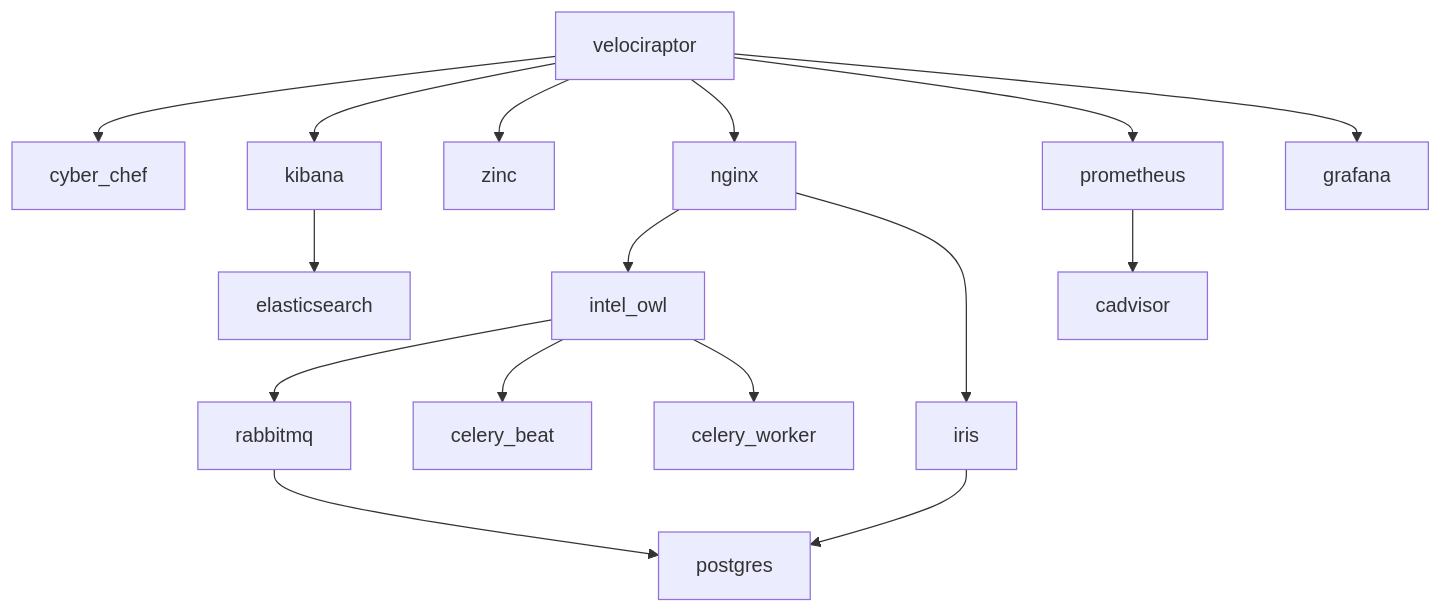
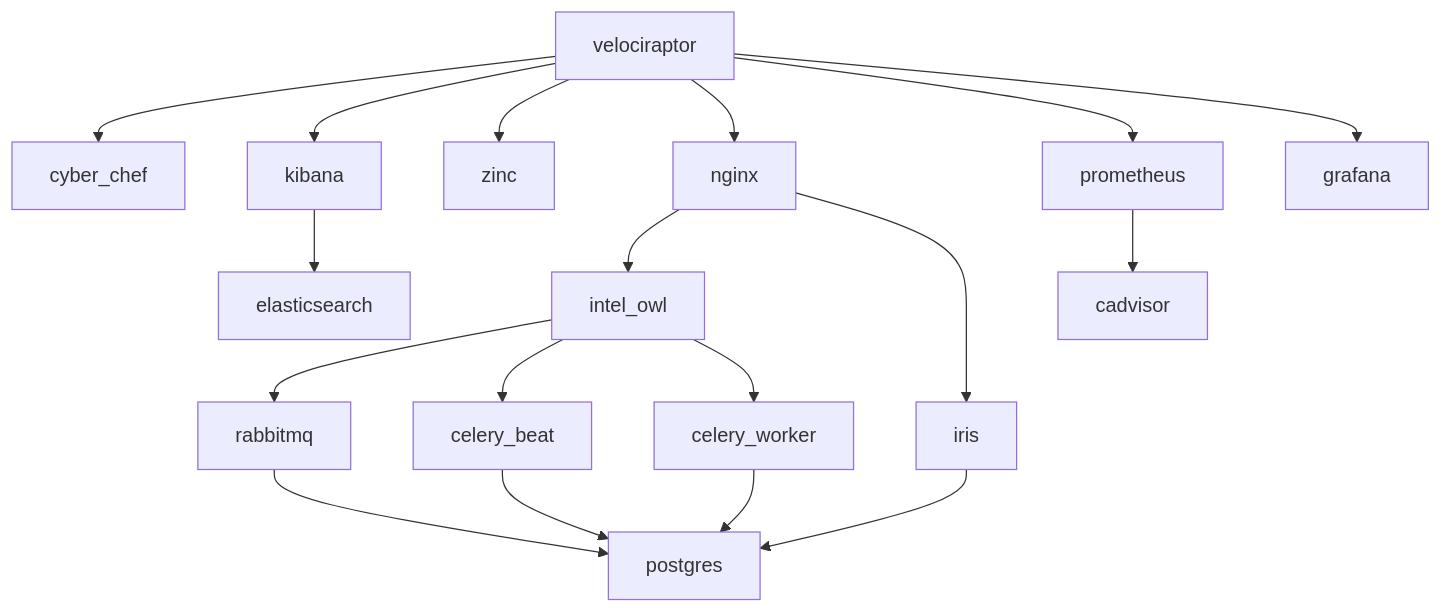
One commit to cyberphor/velocistack-dev changed the diagram in README.md. Above: the diagram before and after it, drawn with Mermaid. The commit also changed 1 other file, not shown here.

Commit message:
Debugging

````diff
--- a/README.md
+++ b/README.md
@@ -104,17 +104,17 @@
 ```mermaid
 flowchart TD
     velociraptor --> cyber_chef
     velociraptor --> kibana 
         kibana --> elasticsearch
     velociraptor --> zinc
     velociraptor --> nginx 
         nginx --> intel_owl
             intel_owl --> rabbitmq --> postgres
-            intel_owl --> celery_beat
-            intel_owl --> celery_worker 
+            intel_owl --> celery_beat --> postgres
+            intel_owl --> celery_worker --> postgres
         nginx --> iris
             iris --> postgres
     velociraptor --> prometheus
         prometheus --> cadvisor
     velociraptor --> grafana
 ```
````
